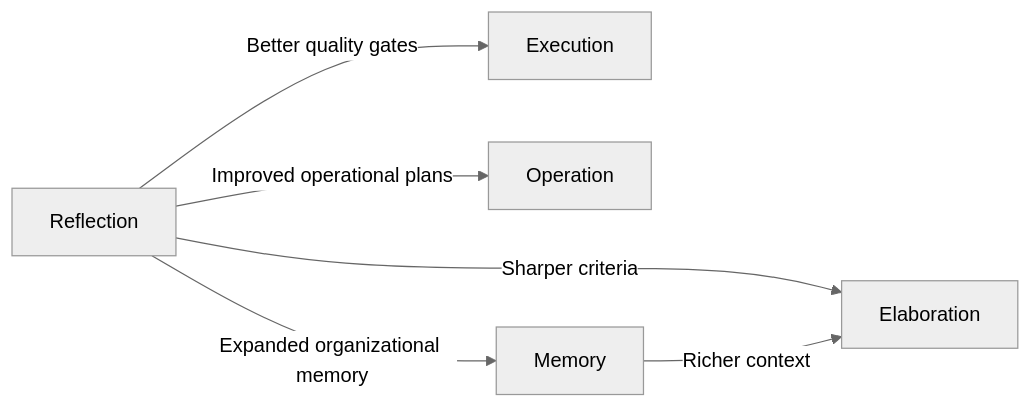
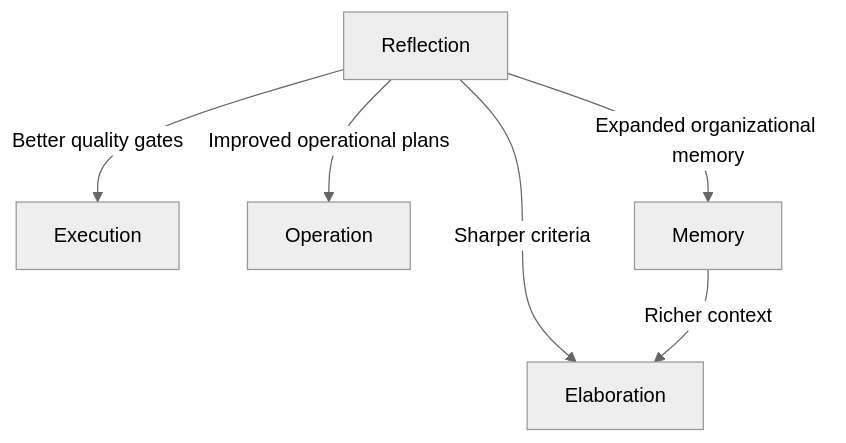
The seventh of 11 diagrams in paper/haiku-method.md (TheBushidoCollective/haiku-method), drawn with Mermaid (neutral theme) before and after one commit. The commit also changed other lines of this file, not shown here.

Commit message:
Convert paper diagrams to top-down layout and upgrade ASCII to Mermaid

````diff
--- a/paper/haiku-method.md
+++ b/paper/haiku-method.md
@@ -695,8 +695,8 @@
 ```mermaid
-flowchart LR
+flowchart TB
     R["Reflection"] -->|"Sharper criteria"| E["Elaboration"]
     R -->|"Better quality gates"| X["Execution"]
     R -->|"Improved operational plans"| O["Operation"]
     R -->|"Expanded organizational memory"| M["Memory"]
     M -->|"Richer context"| E
 ```
````
